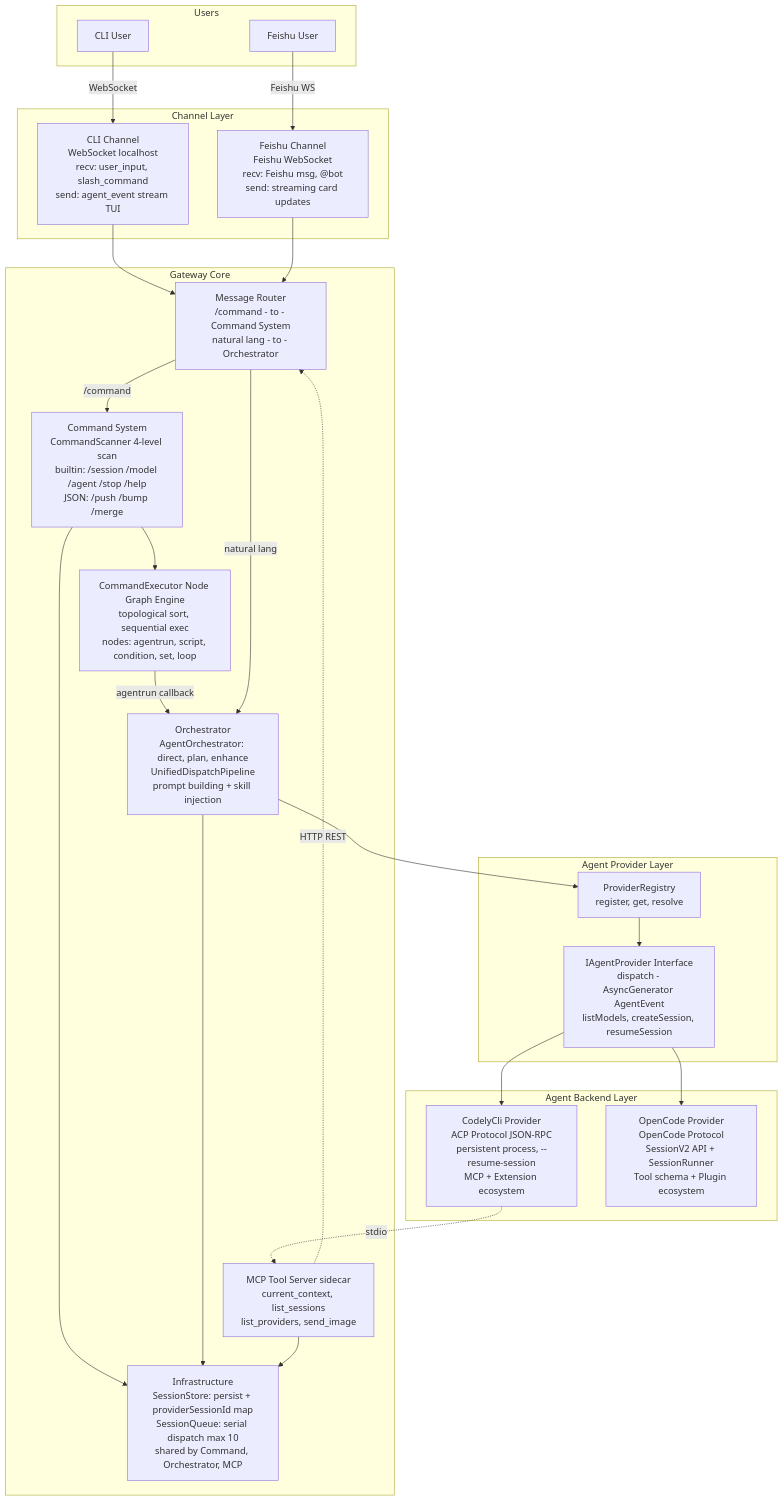
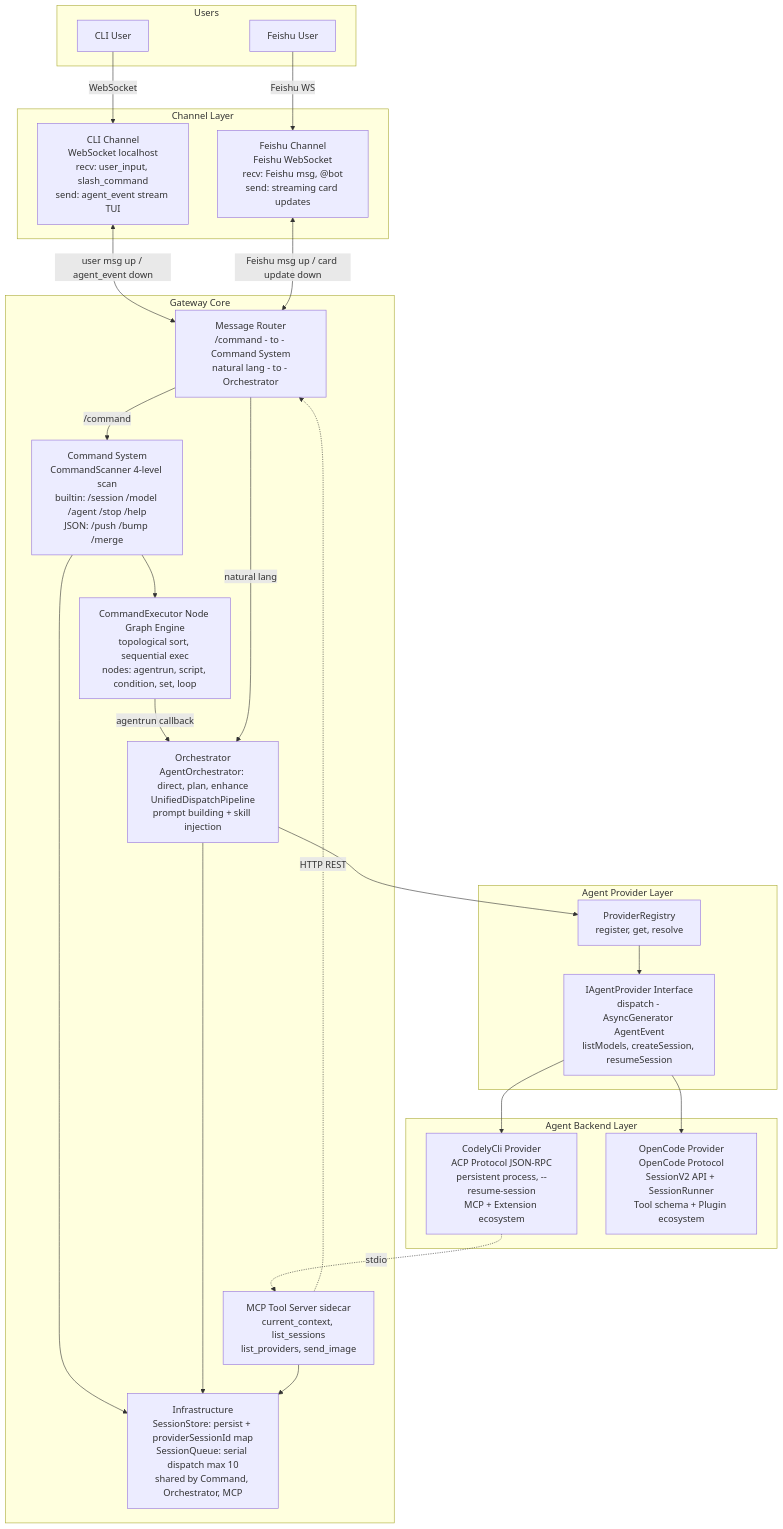
The diagram in README.md (Lu-Kye/OpenCrossAgent), drawn with Mermaid before and after one commit.

Commit message:
docs: bidirectional arrows between Channel Layer and Gateway Core

````diff
--- a/README.md
+++ b/README.md
@@ -7,55 +7,55 @@
 ```mermaid
 graph TB
     subgraph Users
         U1[CLI User]
         U2[Feishu User]
     end
 
     subgraph ChannelLayer [Channel Layer]
         CLI[CLI Channel<br/>WebSocket localhost<br/>recv: user_input, slash_command<br/>send: agent_event stream TUI]
         FS[Feishu Channel<br/>Feishu WebSocket<br/>recv: Feishu msg, @bot<br/>send: streaming card updates]
     end
 
     subgraph GatewayCore [Gateway Core]
         ROUTER[Message Router<br/>/command - to - Command System<br/>natural lang - to - Orchestrator]
         CS[Command System<br/>CommandScanner 4-level scan<br/>builtin: /session /model /agent /stop /help<br/>JSON: /push /bump /merge]
         EXEC[CommandExecutor Node Graph Engine<br/>topological sort, sequential exec<br/>nodes: agentrun, script, condition, set, loop]
         ORC[Orchestrator<br/>AgentOrchestrator: direct, plan, enhance<br/>UnifiedDispatchPipeline<br/>prompt building + skill injection]
         INFRA[Infrastructure<br/>SessionStore: persist + providerSessionId map<br/>SessionQueue: serial dispatch max 10<br/>shared by Command, Orchestrator, MCP]
         MCP[MCP Tool Server sidecar<br/>current_context, list_sessions<br/>list_providers, send_image]
     end
 
     subgraph ProviderLayer [Agent Provider Layer]
         REG[ProviderRegistry<br/>register, get, resolve]
         IAP[IAgentProvider Interface<br/>dispatch - AsyncGenerator AgentEvent<br/>listModels, createSession, resumeSession]
     end
 
     subgraph BackendLayer [Agent Backend Layer]
         CLP[CodelyCli Provider<br/>ACP Protocol JSON-RPC<br/>persistent process, --resume-session<br/>MCP + Extension ecosystem]
         OCP[OpenCode Provider<br/>OpenCode Protocol<br/>SessionV2 API + SessionRunner<br/>Tool schema + Plugin ecosystem]
     end
 
     U1 -->|WebSocket| CLI
     U2 -->|Feishu WS| FS
 
-    CLI --> ROUTER
-    FS --> ROUTER
+    CLI <-->|user msg up / agent_event down| ROUTER
+    FS <-->|Feishu msg up / card update down| ROUTER
 
     ROUTER -->|/command| CS
     CS --> EXEC
     EXEC -->|agentrun callback| ORC
     ROUTER -->|natural lang| ORC
 
     CS --> INFRA
     ORC --> INFRA
     MCP --> INFRA
     ORC --> REG
 
     REG --> IAP
 
     IAP --> CLP
     IAP --> OCP
 
     CLP -.->|stdio| MCP
     MCP -.->|HTTP REST| ROUTER
 ```
````
